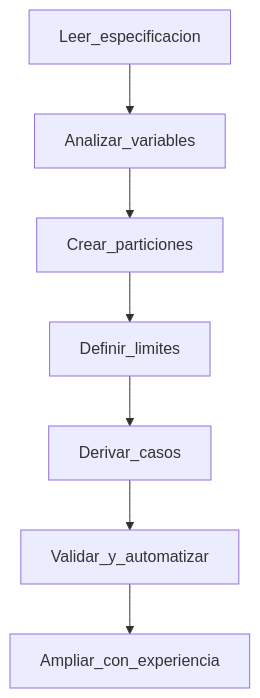
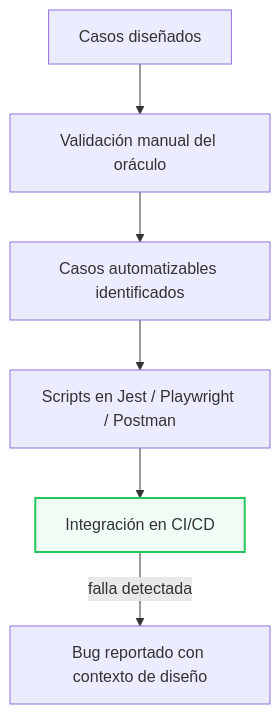
One commit to joshuacba08/qa-engineering-book changed the sixth of 6 diagrams in parte2-tecnicas-clave/03-testing-basado-en-especificaciones.md. Above: the diagram before and after it, drawn with Mermaid. The commit also changed other lines of this file, not shown here.

````diff
--- a/parte2-tecnicas-clave/03-testing-basado-en-especificaciones.md
+++ b/parte2-tecnicas-clave/03-testing-basado-en-especificaciones.md
@@ -294,9 +317,9 @@
 ```mermaid
-graph TD
-    A[Leer_especificacion] --> B[Analizar_variables]
-    B --> C[Crear_particiones]
-    C --> D[Definir_limites]
-    D --> E[Derivar_casos]
-    E --> F[Validar_y_automatizar]
-    F --> G[Ampliar_con_experiencia]
+flowchart TD
+    A[Casos diseñados] --> B[Validación manual del oráculo]
+    B --> C[Casos automatizables identificados]
+    C --> D[Scripts en Jest / Playwright / Postman]
+    D --> E[Integración en CI/CD]
+    E -->|falla detectada| F[Bug reportado con contexto de diseño]
+    style E fill:#f0fdf4,stroke:#22c55e,stroke-width:2px
 ```
````
